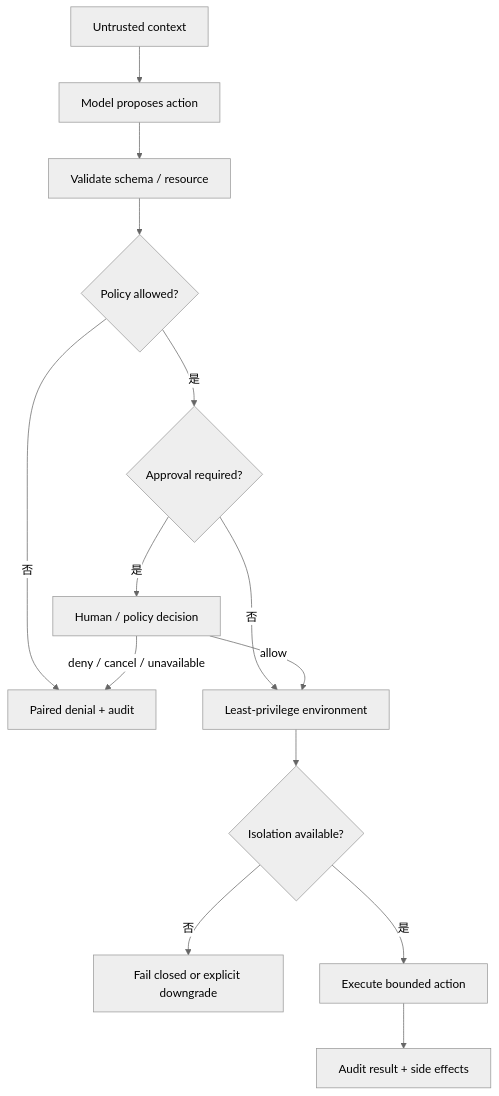
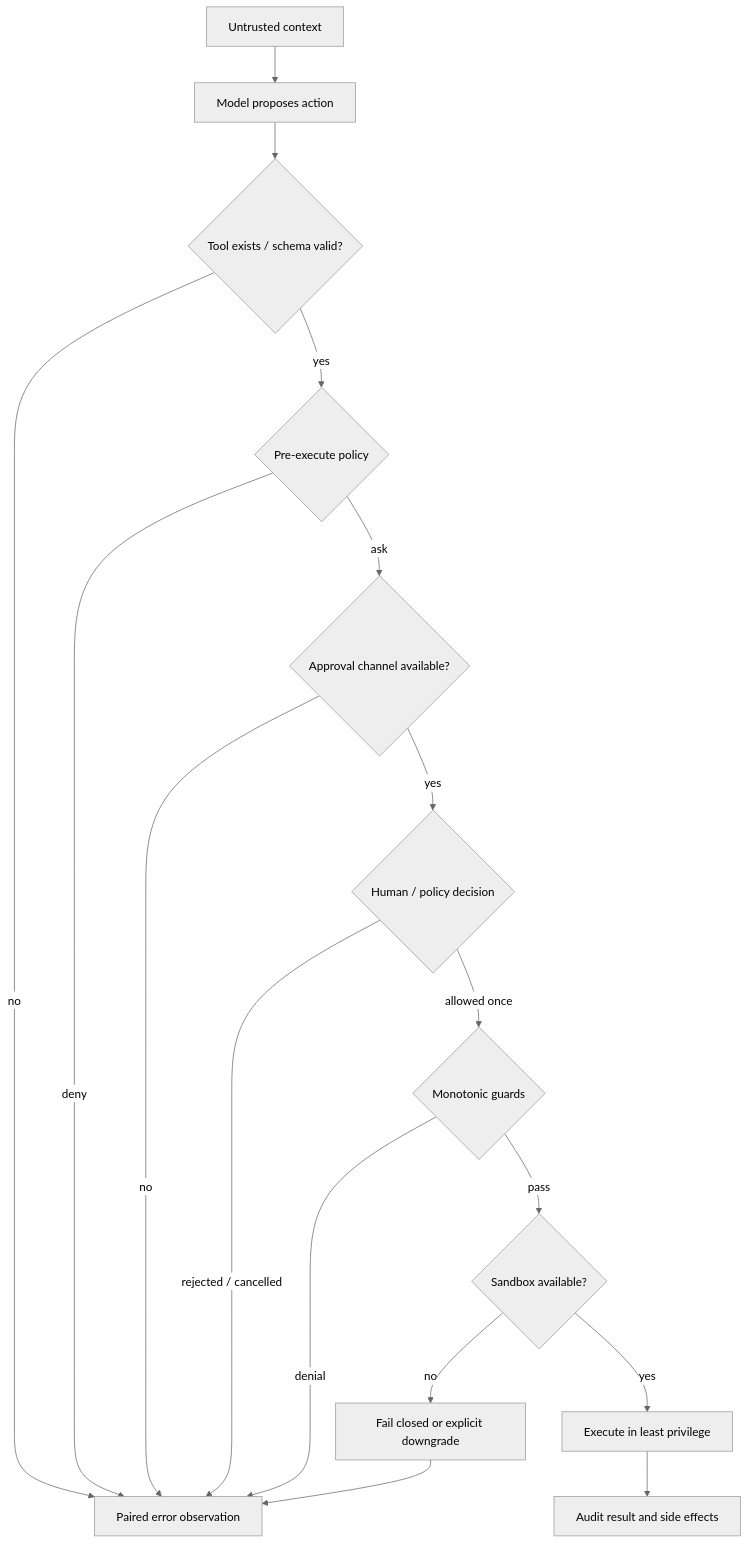
The first of 2 diagrams in tutorial/zh-CN/04-comparisons/security.md (xiaoslin9153/awesome-agent-harness-tutorial), drawn with Mermaid (neutral theme) before and after one commit. The commit also changed other lines of this file and 4 other files, not shown here.

````diff
--- a/tutorial/zh-CN/04-comparisons/security.md
+++ b/tutorial/zh-CN/04-comparisons/security.md
@@ -35,16 +62,19 @@
 ```mermaid
 flowchart TD
   A[Untrusted context] --> B[Model proposes action]
-  B --> C[Validate schema / resource]
-  C --> D{Policy allowed?}
-  D -- 否 --> E[Paired denial + audit]
-  D -- 是 --> F{Approval required?}
-  F -- 是 --> G[Human / policy decision]
-  F -- 否 --> H[Least-privilege environment]
-  G -- allow --> H
-  G -- deny / cancel / unavailable --> E
-  H --> I{Isolation available?}
-  I -- 否 --> J[Fail closed or explicit downgrade]
-  I -- 是 --> K[Execute bounded action]
-  K --> L[Audit result + side effects]
+  B --> C{Tool exists / schema valid?}
+  C -- no --> D[Paired error observation]
+  C -- yes --> E{Pre-execute policy}
+  E -- deny --> D
+  E -- ask --> F{Approval channel available?}
+  F -- no --> D
+  F -- yes --> G{Human / policy decision}
+  G -- rejected / cancelled --> D
+  G -- allowed once --> H{Monotonic guards}
+  H -- denial --> D
+  H -- pass --> I{Sandbox available?}
+  I -- no --> J[Fail closed or explicit downgrade]
+  I -- yes --> K[Execute in least privilege]
+  J --> D
+  K --> L[Audit result and side effects]
 ```
````
